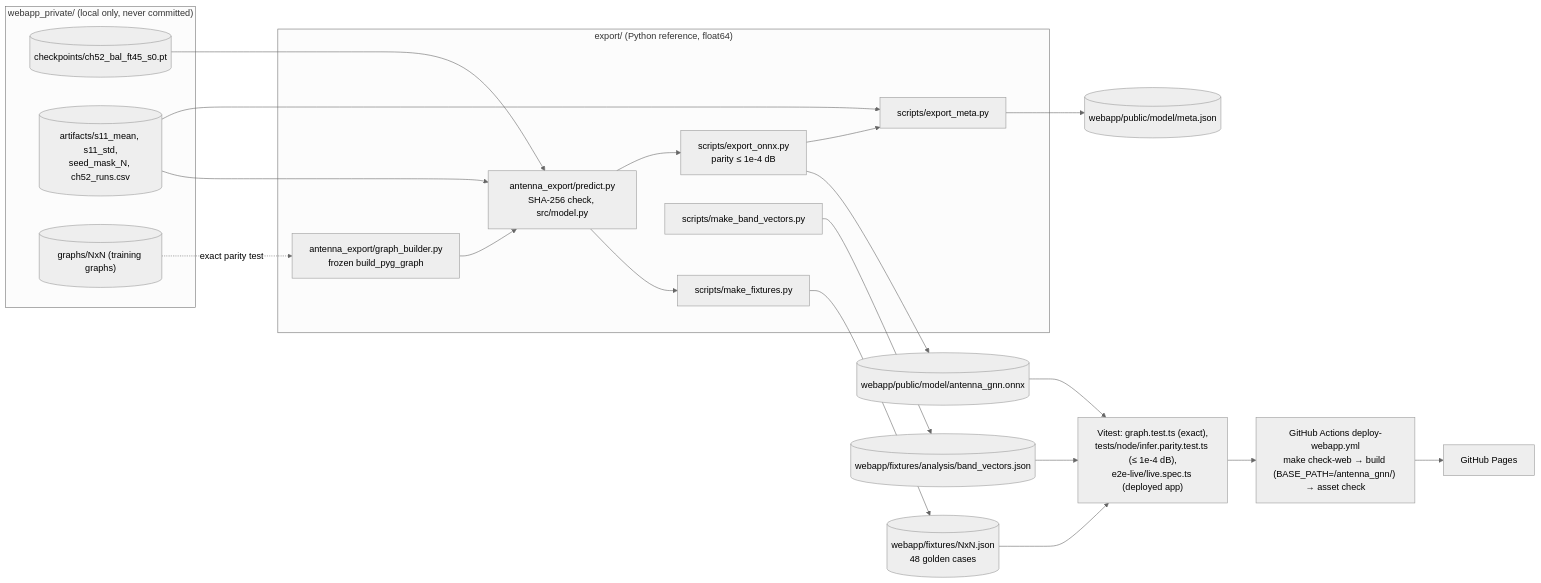
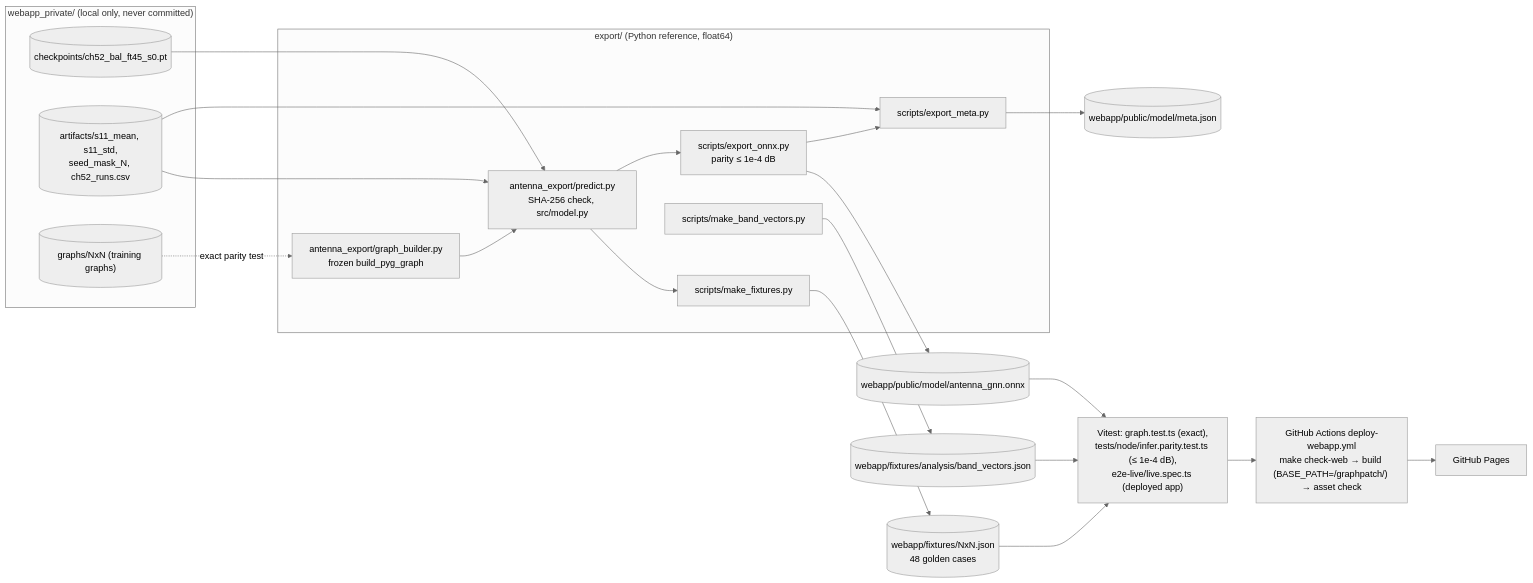
Before and after one commit to asparagusD/antenna_gnn: the fifth of 5 diagrams in docs/repo_graph/REPO_MAP.md, drawn with Mermaid (neutral theme). The commit also changed other lines of this file and 10 other files, not shown here.

````diff
--- a/docs/repo_graph/REPO_MAP.md
+++ b/docs/repo_graph/REPO_MAP.md
@@ -185,30 +185,30 @@
 ```mermaid
 flowchart LR
     subgraph priv ["webapp_private/ (local only, never committed)"]
         ck[("checkpoints/ch52_bal_ft45_s0.pt")]
         st[("artifacts/s11_mean, s11_std,<br/>seed_mask_N, ch52_runs.csv")]
         rg[("graphs/NxN (training graphs)")]
     end
     subgraph exp ["export/ (Python reference, float64)"]
         gbpy["antenna_export/graph_builder.py<br/>frozen build_pyg_graph"]
         pred["antenna_export/predict.py<br/>SHA-256 check, src/model.py"]
         fx["scripts/make_fixtures.py"]
         ox["scripts/export_onnx.py<br/>parity ≤ 1e-4 dB"]
         mx["scripts/export_meta.py"]
         bv["scripts/make_band_vectors.py"]
     end
     ck --> pred
     st --> pred
     rg -. "exact parity test" .-> gbpy
     gbpy --> pred
     pred --> fx --> fixtures[("webapp/fixtures/NxN.json<br/>48 golden cases")]
     pred --> ox --> onnx[("webapp/public/model/antenna_gnn.onnx")]
     ox --> mx --> metaj[("webapp/public/model/meta.json")]
     st --> mx
     bv --> bvj[("webapp/fixtures/analysis/band_vectors.json")]
     fixtures --> tests["Vitest: graph.test.ts (exact),<br/>tests/node/infer.parity.test.ts (≤ 1e-4 dB),<br/>e2e-live/live.spec.ts (deployed app)"]
     onnx --> tests
     bvj --> tests
-    tests --> ci["GitHub Actions deploy-webapp.yml<br/>make check-web → build (BASE_PATH=/antenna_gnn/) → asset check"]
+    tests --> ci["GitHub Actions deploy-webapp.yml<br/>make check-web → build (BASE_PATH=/graphpatch/) → asset check"]
     ci --> pages["GitHub Pages"]
 ```
````
